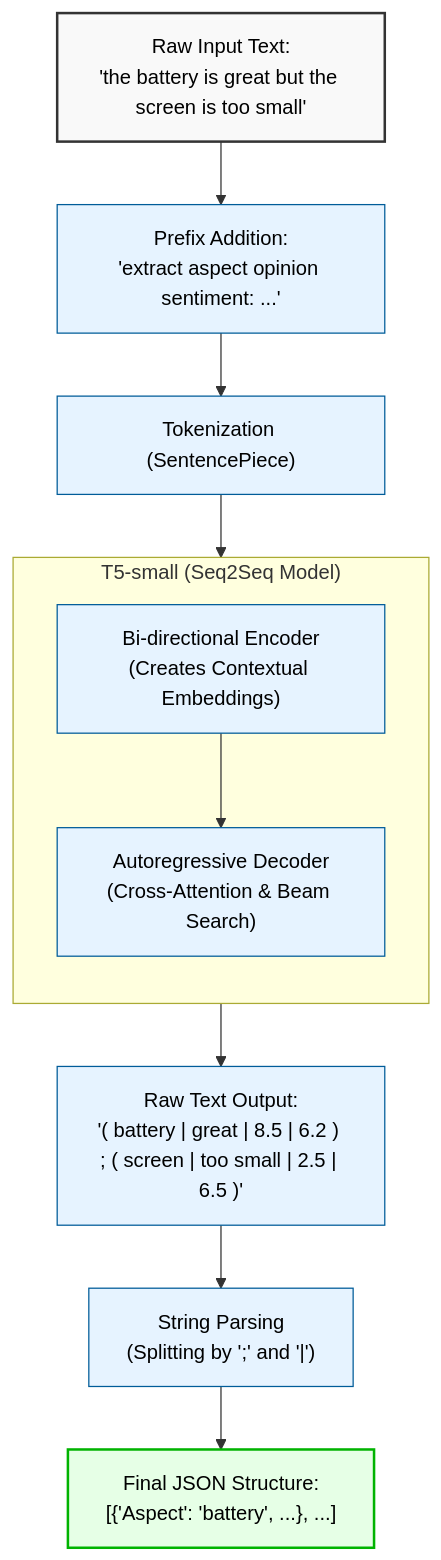
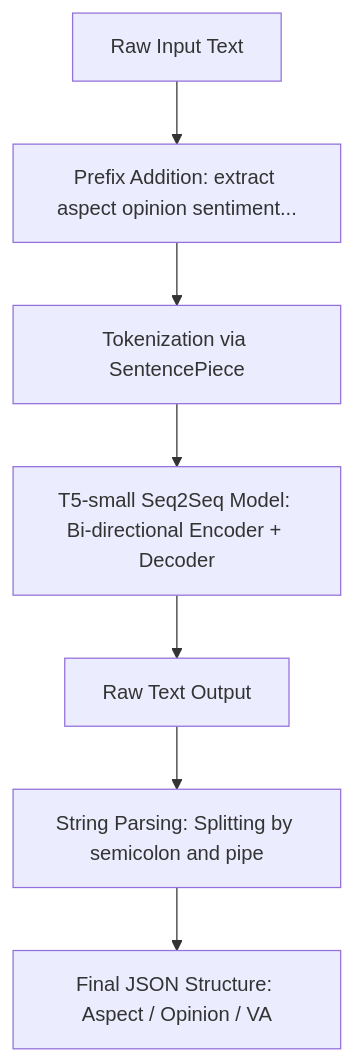
One commit to karthikpappala/NLP_T5 changed the diagram in Architecture_Report.md. Above: the diagram before and after it, drawn with Mermaid.

Commit message:
Simplify Mermaid diagram for better compatibility

````diff
--- a/Architecture_Report.md
+++ b/Architecture_Report.md
@@ -20,33 +20,9 @@
 ```mermaid
-flowchart TD
-    %% Define styles
-    classDef inputStyle fill:#f9f9f9,stroke:#333,stroke-width:2px,color:#000
-    classDef modelStyle fill:#d4ebf2,stroke:#007acc,stroke-width:2px,color:#000
-    classDef processStyle fill:#e6f3ff,stroke:#005c99,stroke-width:1px,color:#000
-    classDef outputStyle fill:#e6ffe6,stroke:#00b300,stroke-width:2px,color:#000
-
-    %% Nodes
-    A["Raw Input Text:\n'the battery is great but the screen is too small'"]:::inputStyle
-    B["Prefix Addition:\n'extract aspect opinion sentiment: ...'"]:::processStyle
-    C["Tokenization (SentencePiece)"]:::processStyle
-    
-    subgraph T5 ["T5-small (Seq2Seq Model)"]
-        direction TB
-        E["Bi-directional Encoder\n(Creates Contextual Embeddings)"]:::processStyle
-        F["Autoregressive Decoder\n(Cross-Attention & Beam Search)"]:::processStyle
-        E --> F
-    end
-    
-    G["Raw Text Output:\n'( battery | great | 8.5 | 6.2 ) ; ( screen | too small | 2.5 | 6.5 )'"]:::processStyle
-    H["String Parsing\n(Splitting by ';' and '|')"]:::processStyle
-    I["Final JSON Structure:\n[{'Aspect': 'battery', ...}, ...]"]:::outputStyle
-
-    %% Connections
-    A --> B
-    B --> C
-    C --> T5
-    
-    T5 --> G
-    G --> H
-    H --> I
+graph TD
+    A[Raw Input Text] --> B[Prefix Addition: extract aspect opinion sentiment...]
+    B --> C[Tokenization via SentencePiece]
+    C --> D[T5-small Seq2Seq Model: Bi-directional Encoder + Decoder]
+    D --> E[Raw Text Output]
+    E --> F[String Parsing: Splitting by semicolon and pipe]
+    F --> G[Final JSON Structure: Aspect / Opinion / VA]
 ```
````
